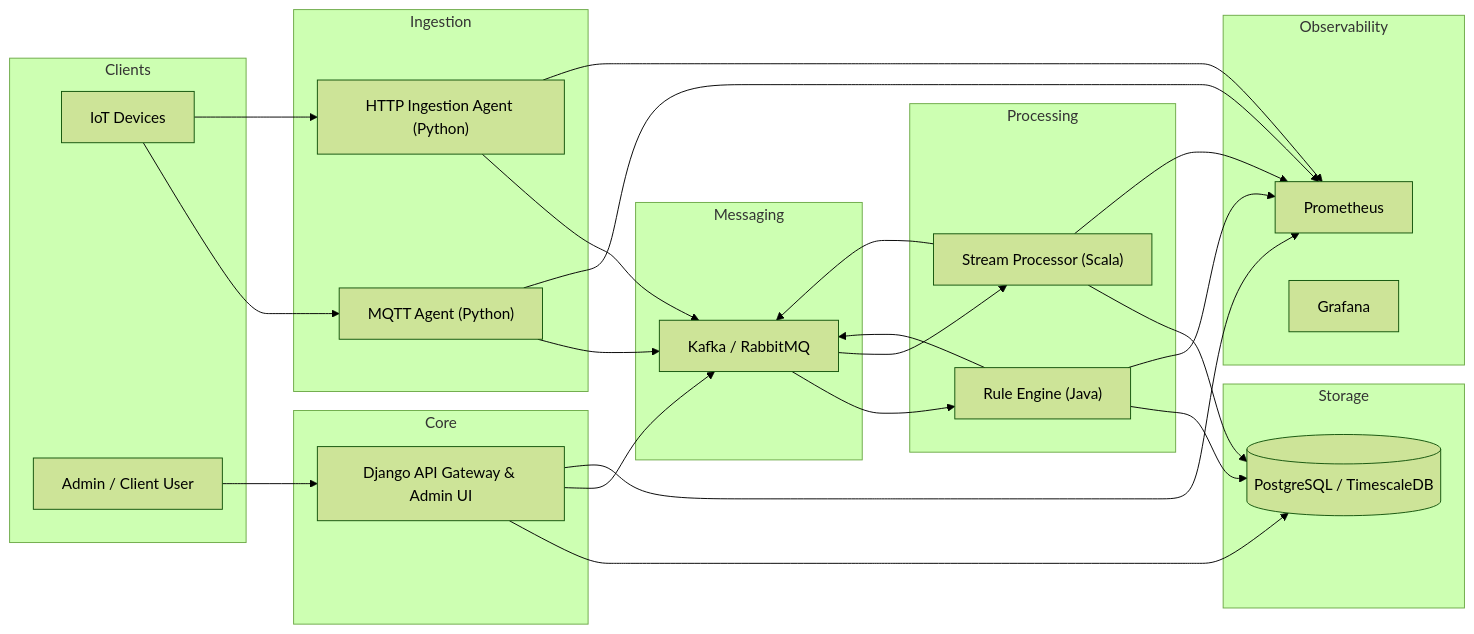
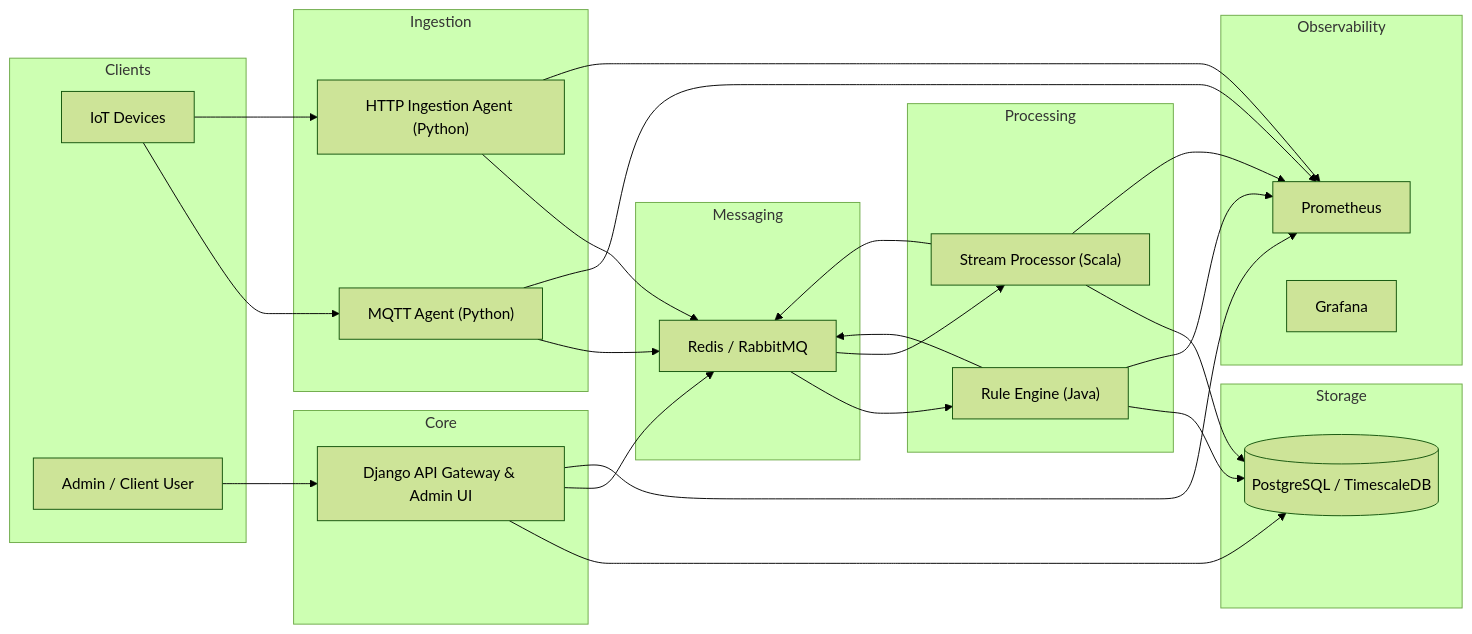
Before and after one commit to Project-Stage-Academy/IoT-Hub-bravo: the diagram in docs/architecture.md, drawn with Mermaid (forest theme). The commit also changed other lines of this file, not shown here.

Commit message:
Update message broker reference from Kafka to Redis

````diff
--- a/docs/architecture.md
+++ b/docs/architecture.md
@@ -120,60 +120,60 @@
 ```mermaid
 flowchart LR
     subgraph Clients
         Device["IoT Devices"]
         AdminUser["Admin / Client User"]
     end
 
     subgraph Ingestion
         MQTT["MQTT Agent (Python)"]
         HTTPAgent["HTTP Ingestion Agent (Python)"]
     end
 
     subgraph Core
         Django["Django API Gateway & Admin UI"]
     end
 
     subgraph Messaging
-        Broker["Kafka / RabbitMQ"]
+        Broker["Redis / RabbitMQ"]
     end
 
     subgraph Processing
         Rules["Rule Engine (Java)"]
         Stream["Stream Processor (Scala)"]
     end
 
     subgraph Storage
         DB[("PostgreSQL / TimescaleDB")]
     end
 
     subgraph Observability
         Prom["Prometheus"]
         Grafana["Grafana"]
     end
 
     Device --> MQTT
     Device --> HTTPAgent
 
     MQTT --> Broker
     HTTPAgent --> Broker
 
     AdminUser --> Django
 
     Django --> DB
     Django --> Broker
 
     Broker --> Rules
     Broker --> Stream
 
     Rules --> Broker
     Stream --> Broker
 
     Rules --> DB
     Stream --> DB
 
     Django --> Prom
     MQTT --> Prom
     HTTPAgent --> Prom
     Rules --> Prom
     Stream --> Prom
 ```
````
